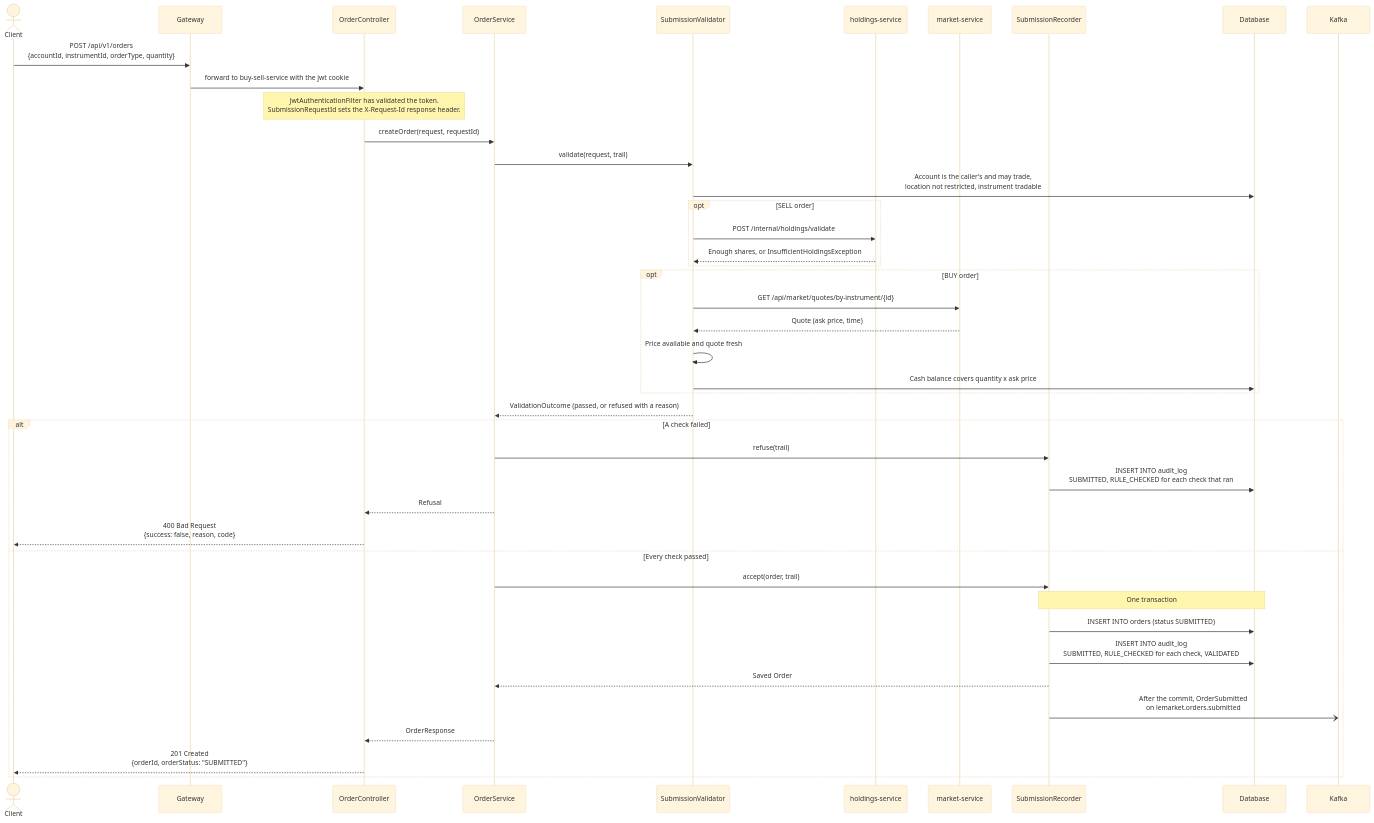
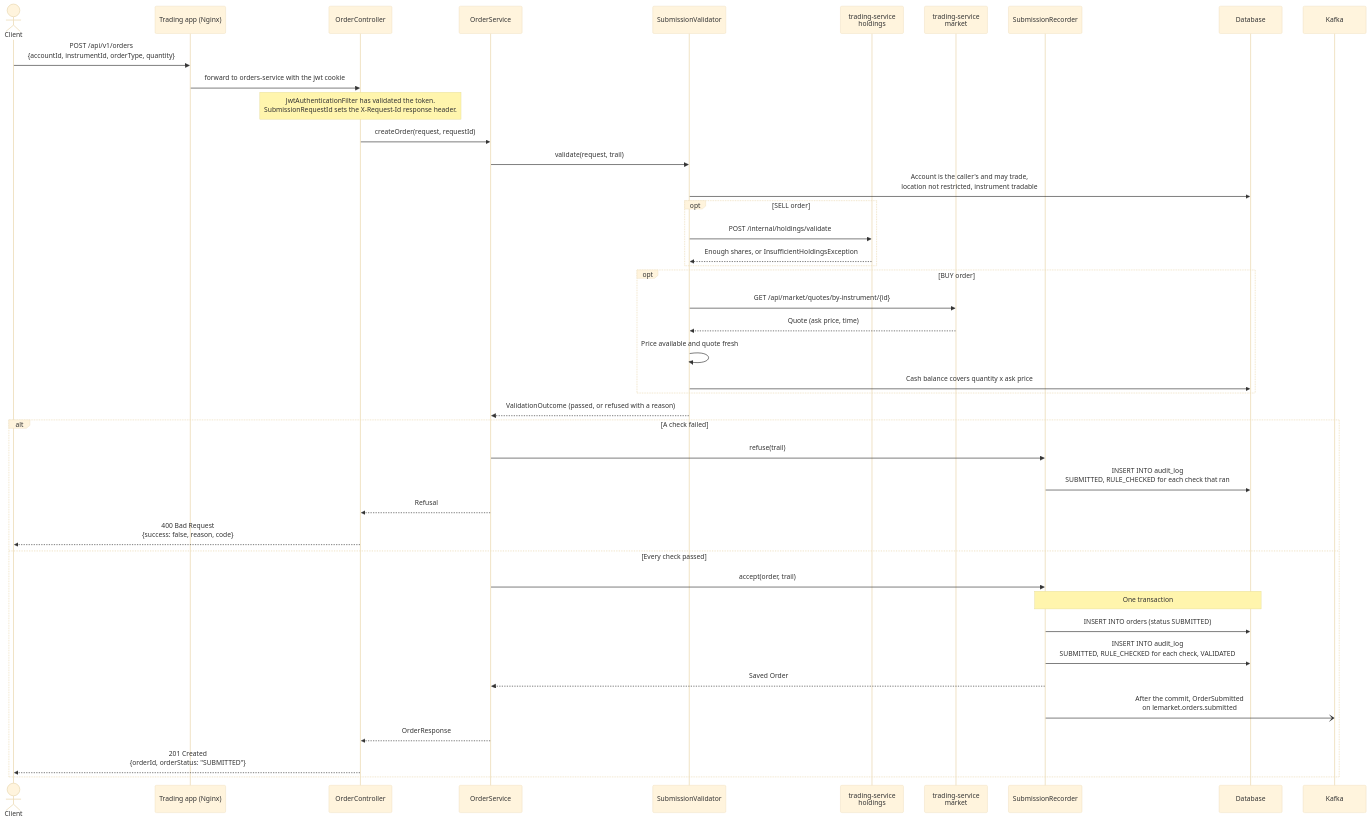
One commit to aditya0774/LeMarketJames changed the fourth of 5 diagrams in README.md. Above: the diagram before and after it, drawn with Mermaid (base theme). The commit also changed other lines of this file and 554 other files, not shown here.

````diff
--- a/README.md
+++ b/README.md
@@ -1338,48 +1298,48 @@
 ```mermaid
 sequenceDiagram
     actor Client
-    participant Gateway
+    participant WebApp as Trading app (Nginx)
     participant OrderController
     participant OrderService
     participant SubmissionValidator
-    participant Holdings as holdings-service
-    participant Market as market-service
+    participant Holdings as trading-service<br/>holdings
+    participant Market as trading-service<br/>market
     participant SubmissionRecorder
     participant Database
     participant Kafka
 
-    Client->>Gateway: POST /api/v1/orders<br/>{accountId, instrumentId, orderType, quantity}
-    Gateway->>OrderController: forward to buy-sell-service with the jwt cookie
+    Client->>WebApp: POST /api/v1/orders<br/>{accountId, instrumentId, orderType, quantity}
+    WebApp->>OrderController: forward to orders-service with the jwt cookie
     Note over OrderController: JwtAuthenticationFilter has validated the token.<br/>SubmissionRequestId sets the X-Request-Id response header.
     OrderController->>OrderService: createOrder(request, requestId)
     OrderService->>SubmissionValidator: validate(request, trail)
 
     SubmissionValidator->>Database: Account is the caller's and may trade,<br/>location not restricted, instrument tradable
     opt SELL order
         SubmissionValidator->>Holdings: POST /internal/holdings/validate
         Holdings-->>SubmissionValidator: Enough shares, or InsufficientHoldingsException
     end
     opt BUY order
         SubmissionValidator->>Market: GET /api/market/quotes/by-instrument/{id}
         Market-->>SubmissionValidator: Quote (ask price, time)
         SubmissionValidator->>SubmissionValidator: Price available and quote fresh
         SubmissionValidator->>Database: Cash balance covers quantity x ask price
     end
     SubmissionValidator-->>OrderService: ValidationOutcome (passed, or refused with a reason)
 
     alt A check failed
         OrderService->>SubmissionRecorder: refuse(trail)
         SubmissionRecorder->>Database: INSERT INTO audit_log<br/>SUBMITTED, RULE_CHECKED for each check that ran
         OrderService-->>OrderController: Refusal
         OrderController-->>Client: 400 Bad Request<br/>{success: false, reason, code}
     else Every check passed
         OrderService->>SubmissionRecorder: accept(order, trail)
         Note over SubmissionRecorder,Database: One transaction
         SubmissionRecorder->>Database: INSERT INTO orders (status SUBMITTED)
         SubmissionRecorder->>Database: INSERT INTO audit_log<br/>SUBMITTED, RULE_CHECKED for each check, VALIDATED
         SubmissionRecorder-->>OrderService: Saved Order
         SubmissionRecorder-)Kafka: After the commit, OrderSubmitted<br/>on lemarket.orders.submitted
         OrderService-->>OrderController: OrderResponse
         OrderController-->>Client: 201 Created<br/>{orderId, orderStatus: "SUBMITTED"}
     end
 ```
````
